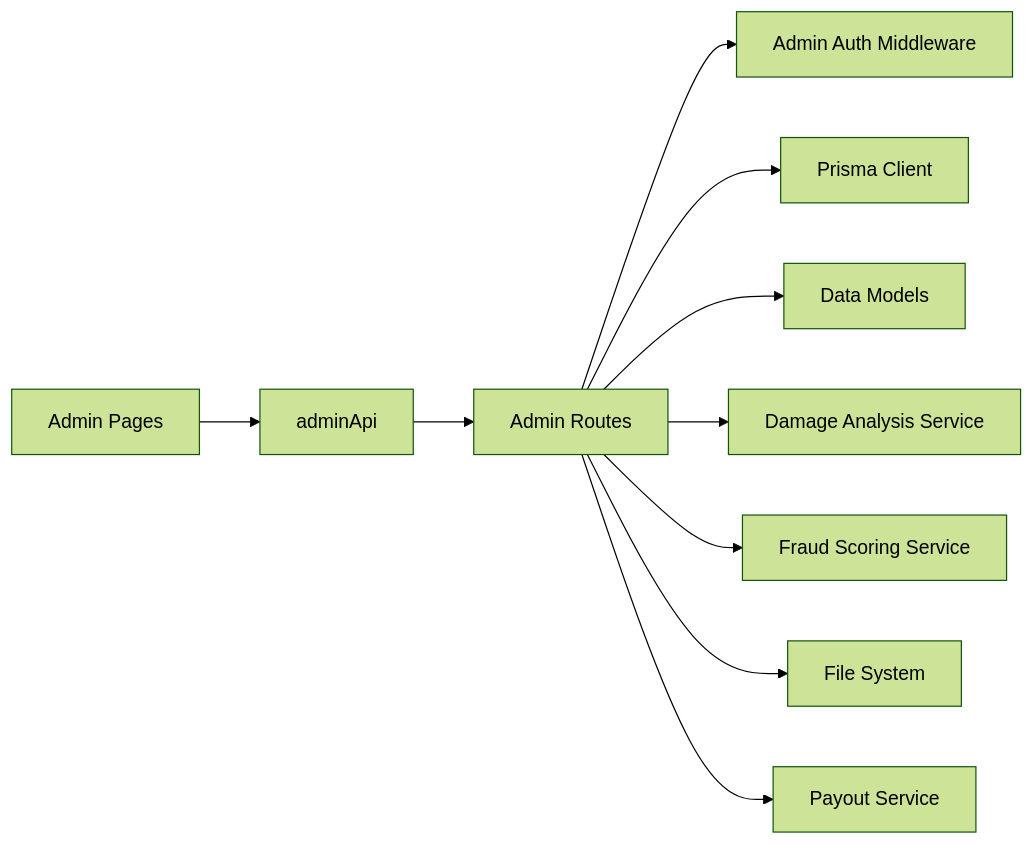
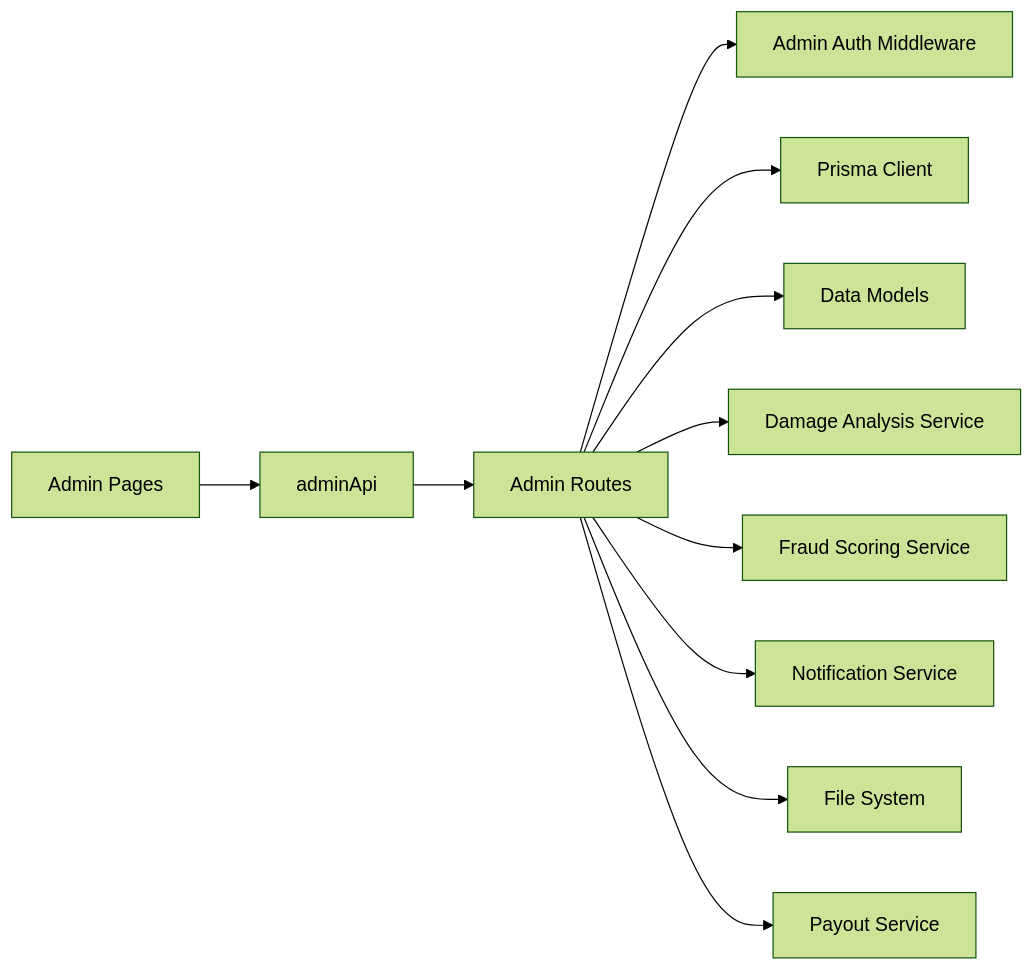
Diagram 13 of 13 in .qoder/repowiki/en/content/Backend Documentation/API Endpoints Reference/Administrative Endpoints.md (NaveenHiranya/Smart-Vehicle-Insurance-Claim-System), drawn with Mermaid (forest theme) before and after one commit. The commit also changed other lines of this file and 46 other files, not shown here.

````diff
--- a/.qoder/repowiki/en/content/Backend Documentation/API Endpoints Reference/Administrative Endpoints.md
+++ b/.qoder/repowiki/en/content/Backend Documentation/API Endpoints Reference/Administrative Endpoints.md
@@ -597,12 +657,13 @@
 ```mermaid
 graph LR
 AdminRoutes["Admin Routes"] --> AdminAuth["Admin Auth Middleware"]
 AdminRoutes --> Prisma["Prisma Client"]
 AdminRoutes --> Models["Data Models"]
 AdminRoutes --> DamageSvc["Damage Analysis Service"]
 AdminRoutes --> FraudSvc["Fraud Scoring Service"]
+AdminRoutes --> NotificationSvc["Notification Service"]
 AdminRoutes --> FileSys["File System"]
 AdminRoutes --> PayoutSvc["Payout Service"]
 AdminPages["Admin Pages"] --> AdminAPI["adminApi"]
 AdminAPI --> AdminRoutes
 ```
````
